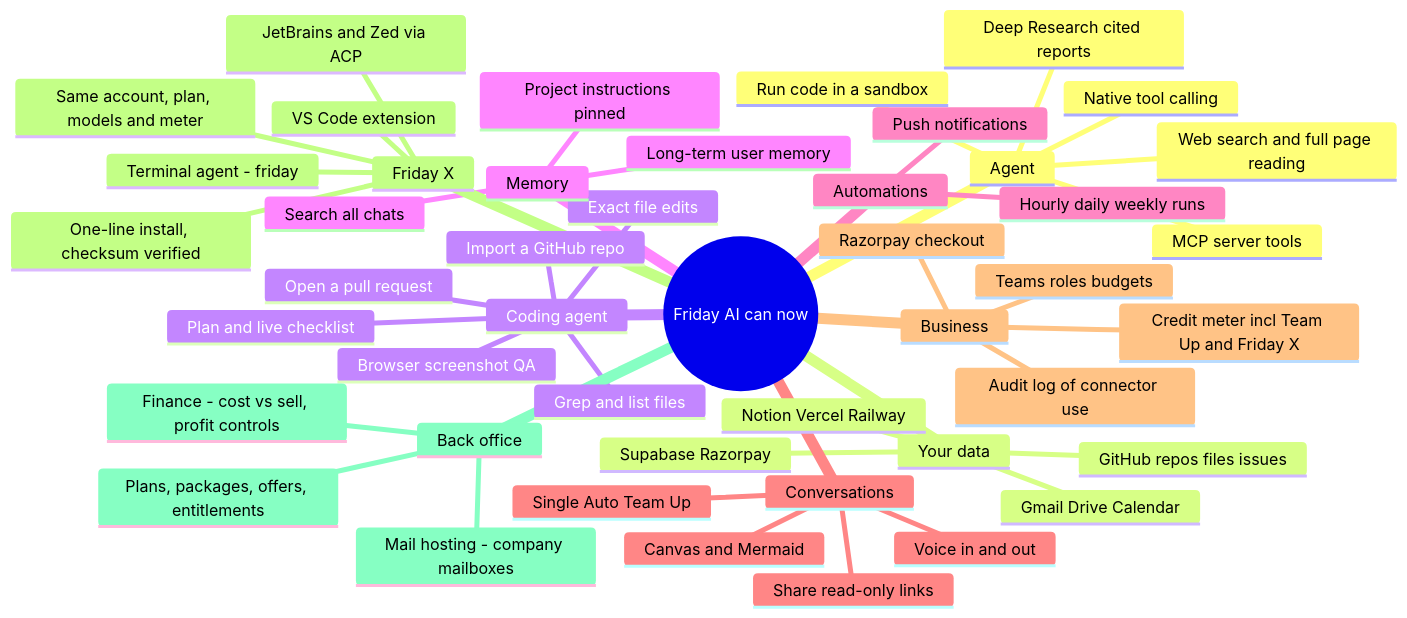
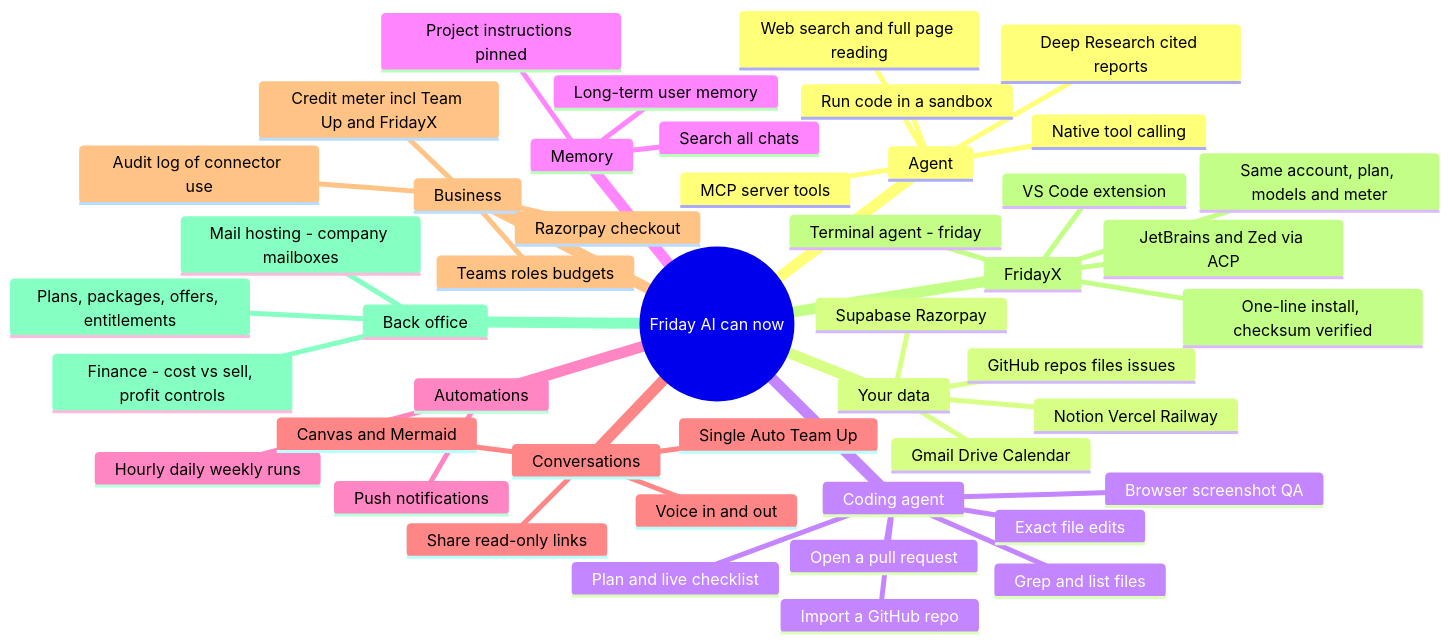
The diagram in docs/diagrams/overview/02-what-system-can-do.mmd (billionairestechnologies/Friday-ai), drawn with Mermaid before and after one commit. The commit also changed 418 other files, not shown here.

```diff
--- a/docs/diagrams/overview/02-what-system-can-do.mmd
+++ b/docs/diagrams/overview/02-what-system-can-do.mmd
@@ -1,47 +1,47 @@
 mindmap
   root((Friday AI can now))
     Agent
       Native tool calling
       Web search and full page reading
       Run code in a sandbox
       Deep Research cited reports
       MCP server tools
     Your data
       GitHub repos files issues
       Gmail Drive Calendar
       Notion Vercel Railway
       Supabase Razorpay
     Coding agent
       Plan and live checklist
       Exact file edits
       Grep and list files
       Import a GitHub repo
       Open a pull request
       Browser screenshot QA
     Memory
       Long-term user memory
       Search all chats
       Project instructions pinned
     Automations
       Hourly daily weekly runs
       Push notifications
     Conversations
       Single Auto Team Up
       Canvas and Mermaid
       Voice in and out
       Share read-only links
     Business
       Teams roles budgets
-      Credit meter incl Team Up and Friday X
+      Credit meter incl Team Up and FridayX
       Razorpay checkout
       Audit log of connector use
-    Friday X
+    FridayX
       Terminal agent - friday
       VS Code extension
       JetBrains and Zed via ACP
       Same account, plan, models and meter
       One-line install, checksum verified
     Back office
       Finance - cost vs sell, profit controls
       Mail hosting - company mailboxes
       Plans, packages, offers, entitlements
```
